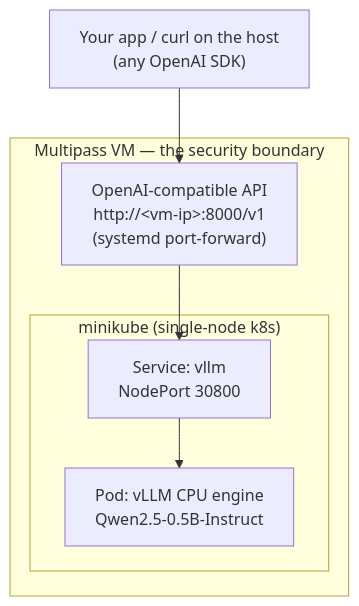
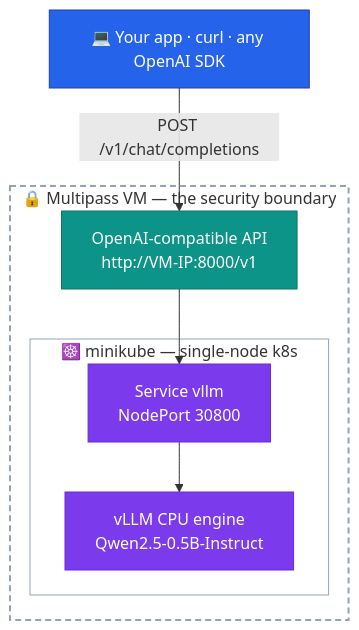
The diagram in README.md (umairkhancis/exp-inference-on-k8s), drawn with Mermaid before and after one commit.

Commit message:
Beautify Mermaid architecture diagram
Plain VM-IP instead of HTML-entity angle brackets (GitHub strips them
as tags), short labels to avoid auto-wrap, explicit node colors legible
in both themes, dashed frame for the VM security boundary.

````diff
--- a/README.md
+++ b/README.md
@@ -10,16 +10,24 @@
 ```mermaid
 flowchart TB
-    app["Your app / curl on the host<br/>(any OpenAI SDK)"]
+    app["💻 Your app · curl · any OpenAI SDK"]
 
-    subgraph vm["Multipass VM — the security boundary"]
-        pf["OpenAI-compatible API<br/>http://&lt;vm-ip&gt;:8000/v1<br/>(systemd port-forward)"]
-        subgraph mk["minikube (single-node k8s)"]
-            svc["Service: vllm<br/>NodePort 30800"]
-            pod["Pod: vLLM CPU engine<br/>Qwen2.5-0.5B-Instruct"]
+    subgraph vm["🔒 Multipass VM — the security boundary"]
+        pf["OpenAI-compatible API<br/>http://VM-IP:8000/v1"]
+        subgraph mk["☸️ minikube — single-node k8s"]
+            svc["Service vllm<br/>NodePort 30800"]
+            pod["vLLM CPU engine<br/>Qwen2.5-0.5B-Instruct"]
         end
     end
 
-    app --> pf
-    pf --> svc
-    svc --> pod
+    app -->|"POST /v1/chat/completions"| pf
+    pf --> svc --> pod
+
+    classDef host fill:#2563eb,stroke:#1e40af,color:#ffffff
+    classDef api  fill:#0d9488,stroke:#0f766e,color:#ffffff
+    classDef k8s  fill:#7c3aed,stroke:#6d28d9,color:#ffffff
+    class app host
+    class pf api
+    class svc,pod k8s
+    style vm fill:transparent,stroke:#94a3b8,stroke-width:2px,stroke-dasharray:6 4
+    style mk fill:transparent,stroke:#94a3b8
 ```
````
